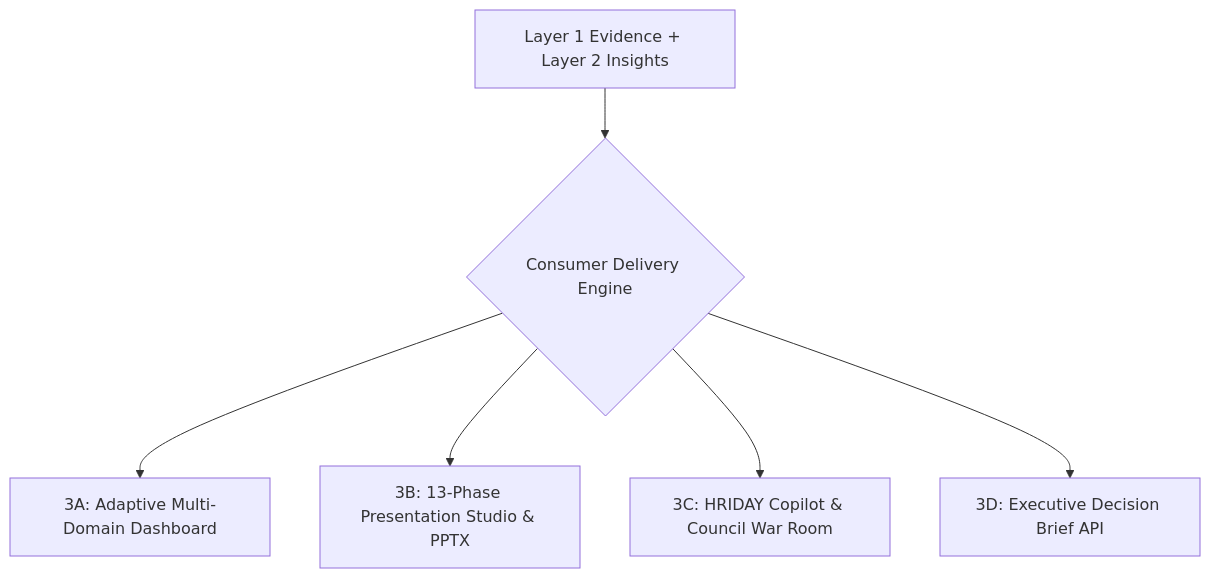
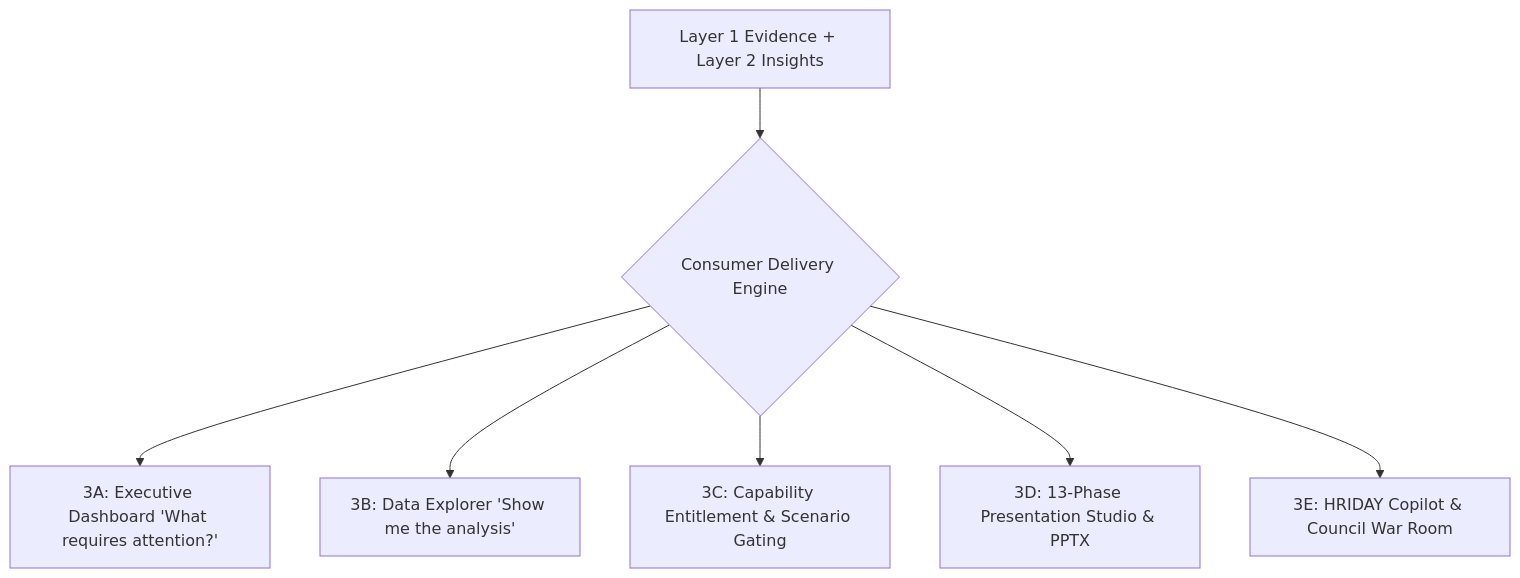
One commit to er-vinay-india/pulsehr-ai changed the diagram in docs/layers/03-consumer-delivery-engine.md. Above: the diagram before and after it, drawn with Mermaid. The commit also changed other lines of this file and 187 other files, not shown here.

Commit message:
feat: finalize governed ingestion and cross-domain dashboard intelligence

````diff
--- a/docs/layers/03-consumer-delivery-engine.md
+++ b/docs/layers/03-consumer-delivery-engine.md
@@ -9,8 +16,9 @@
 ```mermaid
 flowchart TD
     In[Layer 1 Evidence + Layer 2 Insights] --> Router{Consumer Delivery Engine}
-    Router --> C1[3A: Adaptive Multi-Domain Dashboard]
-    Router --> C2[3B: 13-Phase Presentation Studio & PPTX]
-    Router --> C3[3C: HRIDAY Copilot & Council War Room]
-    Router --> C4[3D: Executive Decision Brief API]
+    Router --> C1[3A: Executive Dashboard 'What requires attention?']
+    Router --> C2[3B: Data Explorer 'Show me the analysis']
+    Router --> C3[3C: Capability Entitlement & Scenario Gating]
+    Router --> C4[3D: 13-Phase Presentation Studio & PPTX]
+    Router --> C5[3E: HRIDAY Copilot & Council War Room]
 ```
````
